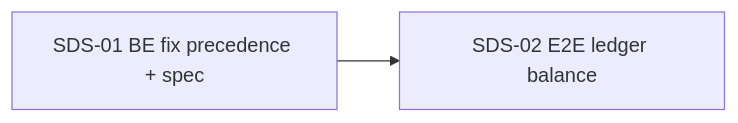
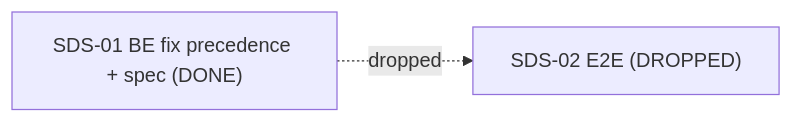
One commit to JackTran15/jack-erp changed diagram 49 of 49 in tickets/README.md. Above: the diagram before and after it, drawn with Mermaid. The commit also changed other lines of this file and 12 other files, not shown here.

````diff
--- a/tickets/README.md
+++ b/tickets/README.md
@@ -1371,4 +1371,4 @@
 ```mermaid
 flowchart LR
-  S1["SDS-01 BE fix precedence + spec"] --> S2["SDS-02 E2E ledger balance"]
+  S1["SDS-01 BE fix precedence + spec (DONE)"] -.dropped.-> S2["SDS-02 E2E (DROPPED)"]
 ```
````
